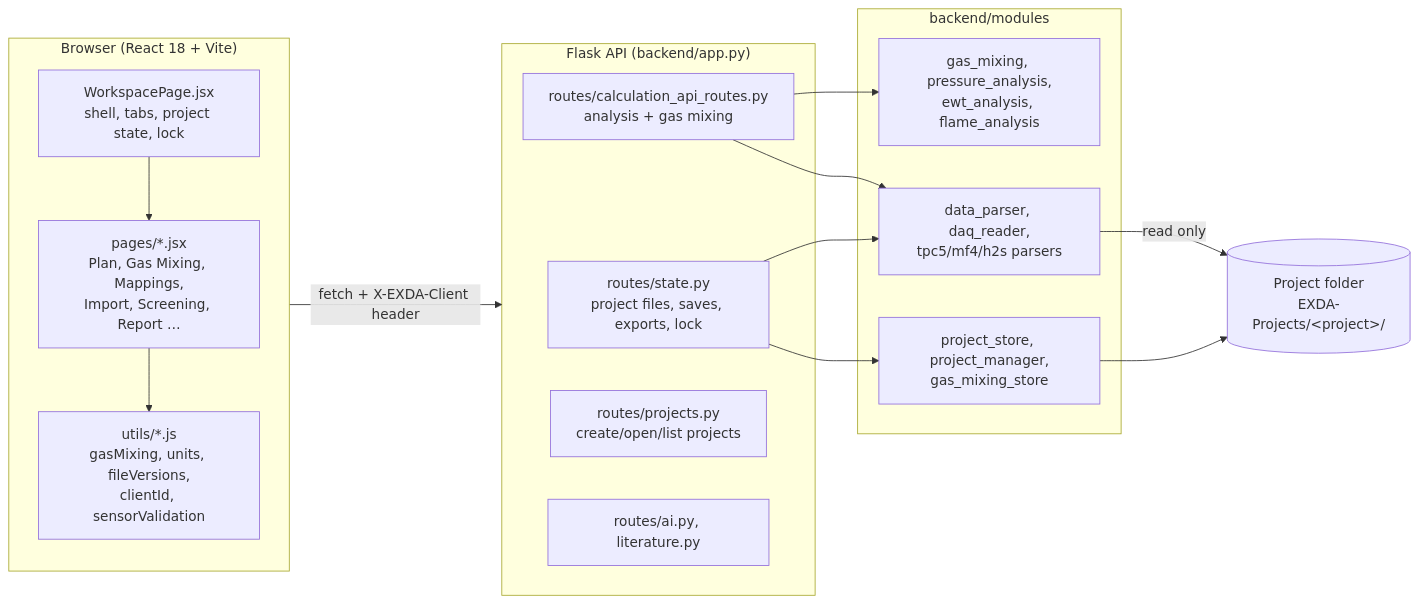
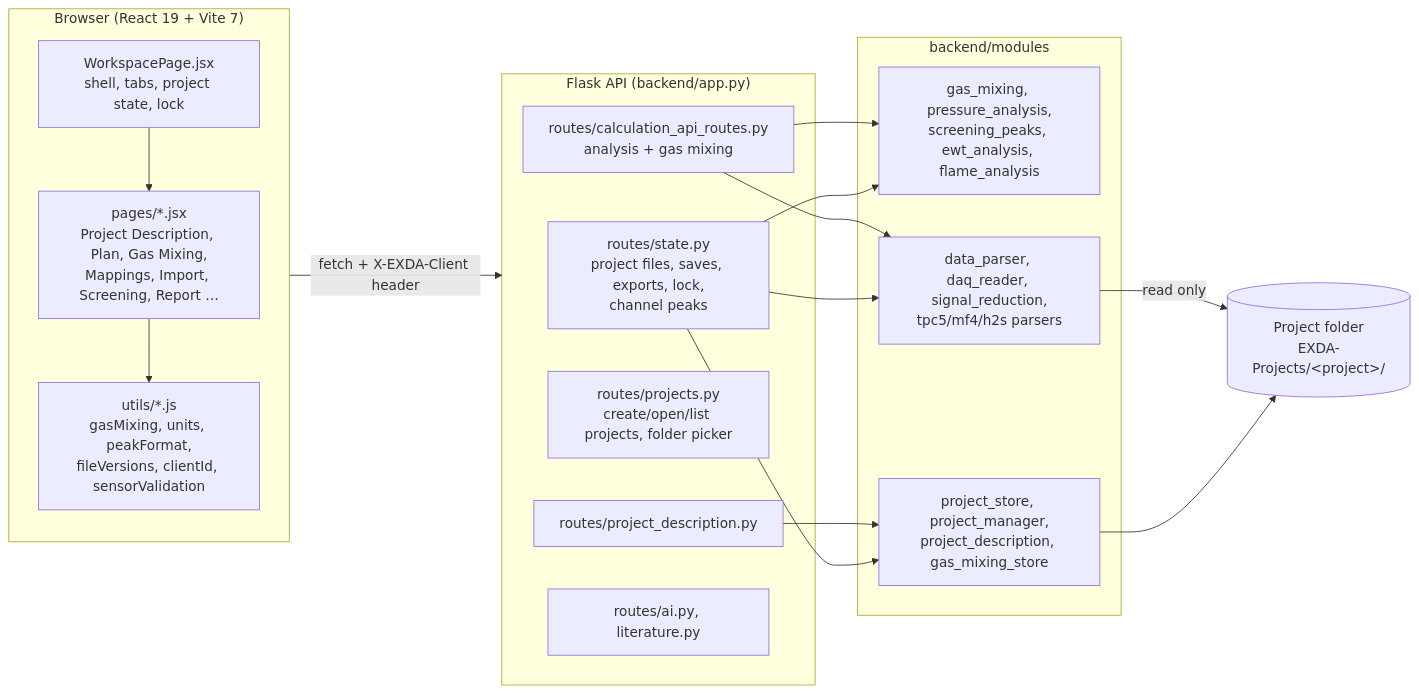
Before and after one commit to jcam77/EXDA-dashboard: the first of 3 diagrams in docs/EXDA-Developer-Overview/EXDA-Developer-Overview.md, drawn with Mermaid. The commit also changed other lines of this file and 66 other files, not shown here.

````diff
--- a/docs/EXDA-Developer-Overview/EXDA-Developer-Overview.md
+++ b/docs/EXDA-Developer-Overview/EXDA-Developer-Overview.md
@@ -37,28 +56,31 @@
 ```mermaid
 flowchart LR
-  subgraph Browser["Browser (React 18 + Vite)"]
+  subgraph Browser["Browser (React 19 + Vite 7)"]
     WS["WorkspacePage.jsx<br/>shell, tabs, project state, lock"]
-    Pages["pages/*.jsx<br/>Plan, Gas Mixing, Mappings,<br/>Import, Screening, Report …"]
-    Utils["utils/*.js<br/>gasMixing, units, fileVersions,<br/>clientId, sensorValidation"]
+    Pages["pages/*.jsx<br/>Project Description, Plan, Gas Mixing,<br/>Mappings, Import, Screening, Report …"]
+    Utils["utils/*.js<br/>gasMixing, units, peakFormat,<br/>fileVersions, clientId, sensorValidation"]
     WS --> Pages --> Utils
   end
   subgraph API["Flask API (backend/app.py)"]
-    R1["routes/state.py<br/>project files, saves, exports, lock"]
+    R1["routes/state.py<br/>project files, saves, exports, lock,<br/>channel peaks"]
     R2["routes/calculation_api_routes.py<br/>analysis + gas mixing"]
-    R3["routes/projects.py<br/>create/open/list projects"]
+    R3["routes/projects.py<br/>create/open/list projects, folder picker"]
+    R5["routes/project_description.py"]
     R4["routes/ai.py, literature.py"]
   end
   subgraph Modules["backend/modules"]
-    Calc["gas_mixing, pressure_analysis,<br/>ewt_analysis, flame_analysis"]
-    IO["data_parser, daq_reader,<br/>tpc5/mf4/h2s parsers"]
-    Store["project_store, project_manager,<br/>gas_mixing_store"]
+    Calc["gas_mixing, pressure_analysis,<br/>screening_peaks, ewt_analysis, flame_analysis"]
+    IO["data_parser, daq_reader, signal_reduction,<br/>tpc5/mf4/h2s parsers"]
+    Store["project_store, project_manager,<br/>project_description, gas_mixing_store"]
   end
   Disk[("Project folder<br/>EXDA-Projects/&lt;project&gt;/")]
   Browser -- "fetch + X-EXDA-Client header" --> API
   R1 --> Store
   R1 --> IO
+  R1 --> Calc
+  R5 --> Store
   R2 --> Calc
   R2 --> IO
   Store --> Disk
   IO -- read only --> Disk
 ```
````
